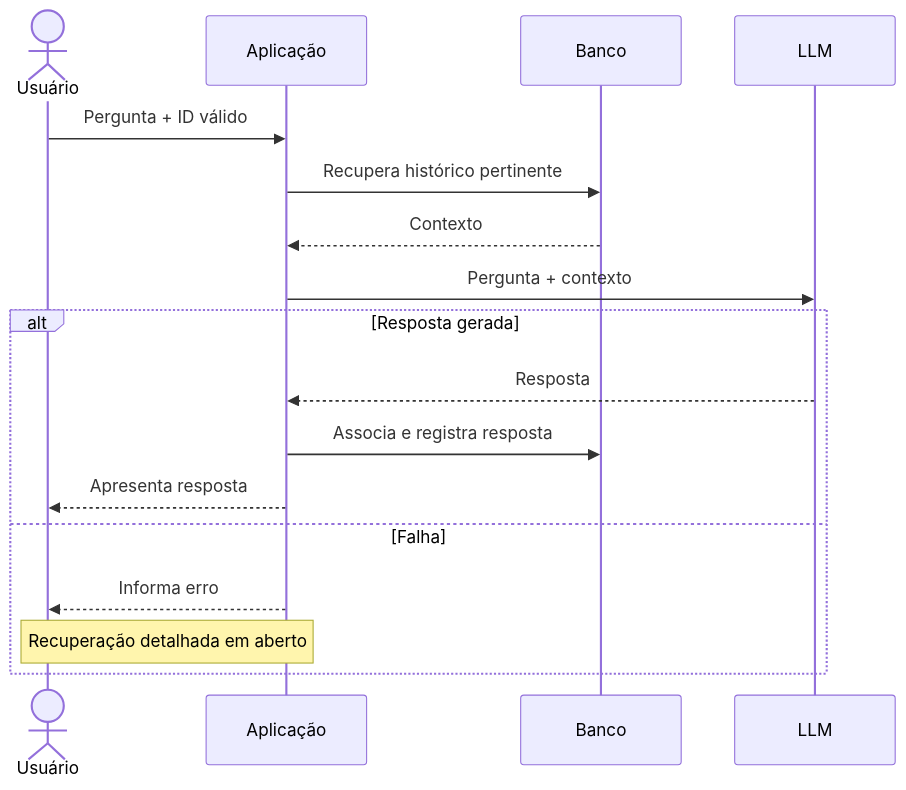
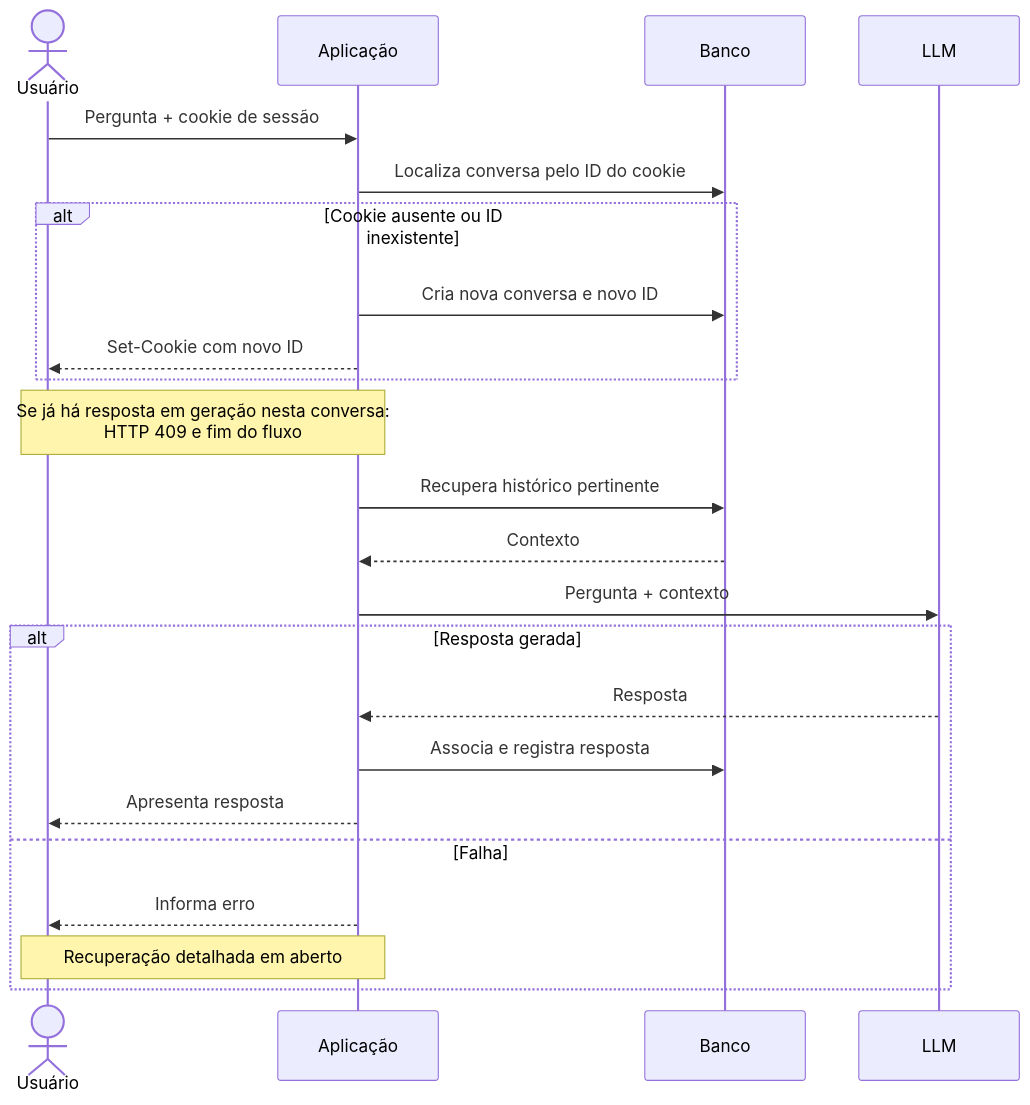
Before and after one commit to cocaioo/CHATBOT-TCA: the fourth of 8 diagrams in elicitação dos requisitos.md, drawn with Mermaid. The commit also changed other lines of this file, not shown here.

First line of the commit message:
docs: registra decisões de sessão, concorrência, retenção e stack

````diff
--- a/elicitação dos requisitos.md
+++ b/elicitação dos requisitos.md
@@ -79,19 +103,25 @@
 ```mermaid
 sequenceDiagram
     actor U as Usuário
     participant A as Aplicação
     participant B as Banco
     participant L as LLM
-    U->>A: Pergunta + ID válido
+    U->>A: Pergunta + cookie de sessão
+    A->>B: Localiza conversa pelo ID do cookie
+    alt Cookie ausente ou ID inexistente
+        A->>B: Cria nova conversa e novo ID
+        A-->>U: Set-Cookie com novo ID
+    end
+    Note over A,U: Se já há resposta em geração nesta conversa:<br/>HTTP 409 e fim do fluxo
     A->>B: Recupera histórico pertinente
     B-->>A: Contexto
     A->>L: Pergunta + contexto
     alt Resposta gerada
         L-->>A: Resposta
         A->>B: Associa e registra resposta
         A-->>U: Apresenta resposta
     else Falha
         A-->>U: Informa erro
         Note over A,U: Recuperação detalhada em aberto
     end
 ```
````
